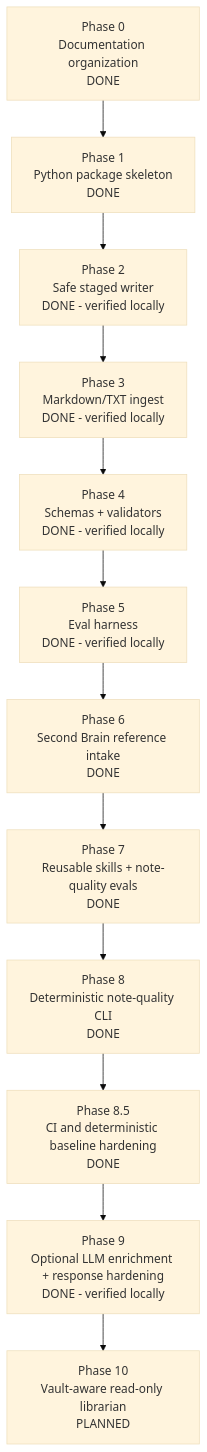
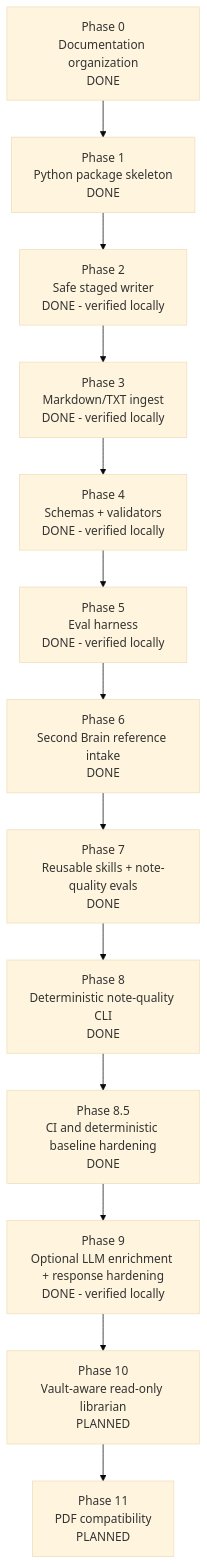
Before and after one commit to Denys/obsidian-librarian-to-add: the diagram in docs/10_implementation_plan.md, drawn with Mermaid (base theme). The commit also changed other lines of this file, not shown here.

Commit message:
Add Phase 11 PDF compatibility roadmap

````diff
--- a/docs/10_implementation_plan.md
+++ b/docs/10_implementation_plan.md
@@ -5,17 +5,18 @@
 ```mermaid
 flowchart TD
     P0[Phase 0<br/>Documentation organization<br/>DONE]
     P1[Phase 1<br/>Python package skeleton<br/>DONE]
     P2[Phase 2<br/>Safe staged writer<br/>DONE - verified locally]
     P3[Phase 3<br/>Markdown/TXT ingest<br/>DONE - verified locally]
     P4[Phase 4<br/>Schemas + validators<br/>DONE - verified locally]
     P5[Phase 5<br/>Eval harness<br/>DONE - verified locally]
     P6[Phase 6<br/>Second Brain reference intake<br/>DONE]
     P7[Phase 7<br/>Reusable skills + note-quality evals<br/>DONE]
     P8[Phase 8<br/>Deterministic note-quality CLI<br/>DONE]
     P8_5[Phase 8.5<br/>CI and deterministic baseline hardening<br/>DONE]
     P9[Phase 9<br/>Optional LLM enrichment + response hardening<br/>DONE - verified locally]
     P10[Phase 10<br/>Vault-aware read-only librarian<br/>PLANNED]
+    P11[Phase 11<br/>PDF compatibility<br/>PLANNED]
 
-    P0 --> P1 --> P2 --> P3 --> P4 --> P5 --> P6 --> P7 --> P8 --> P8_5 --> P9 --> P10
+    P0 --> P1 --> P2 --> P3 --> P4 --> P5 --> P6 --> P7 --> P8 --> P8_5 --> P9 --> P10 --> P11
 ```
````
